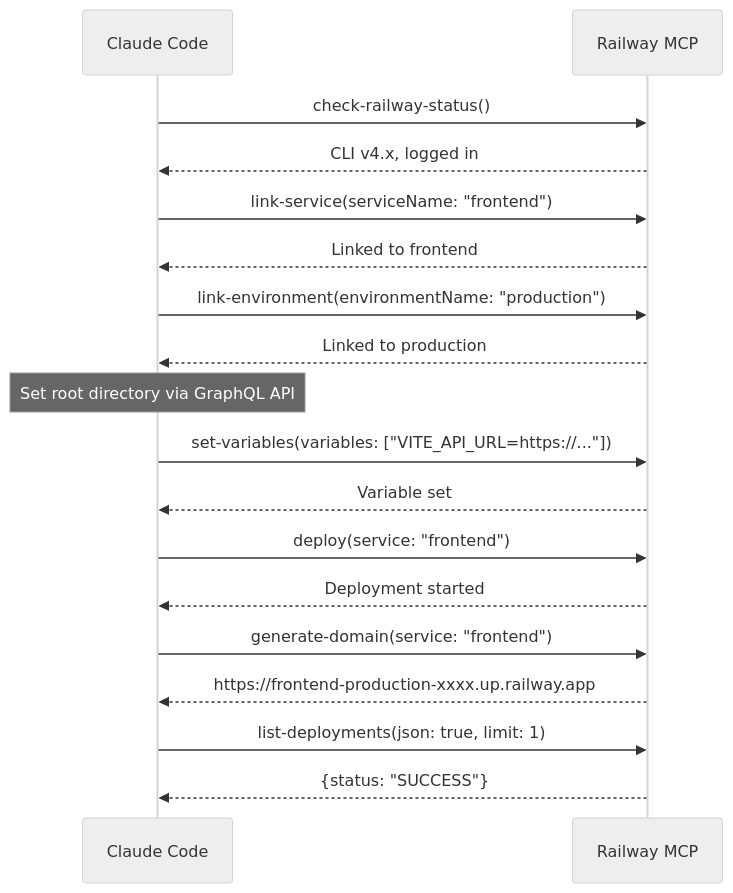
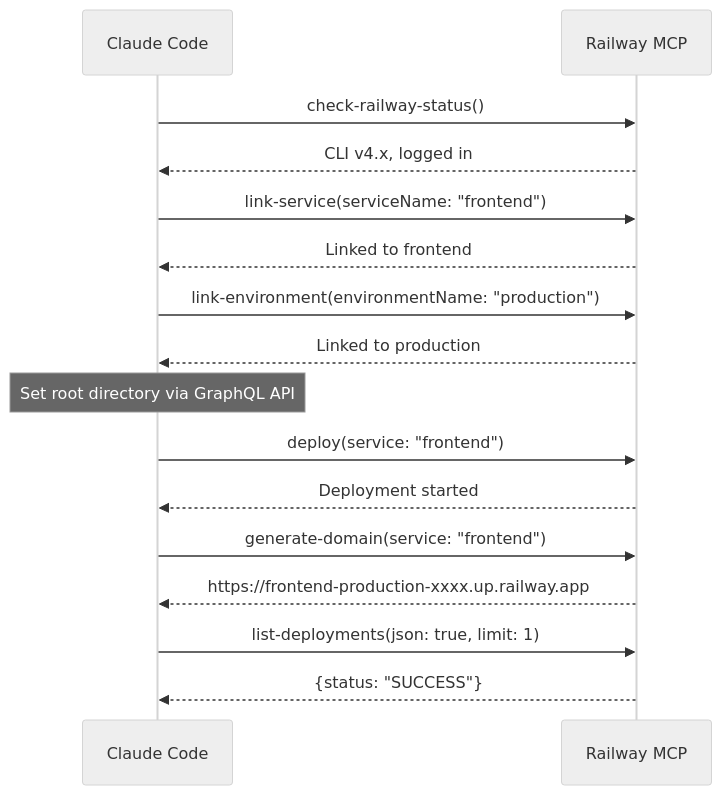
One commit to fkatelyn/agent311 changed the third of 7 diagrams in docs/railway-deployment-guide.md. Above: the diagram before and after it, drawn with Mermaid (neutral theme). The commit also changed other lines of this file and 16 other files, not shown here.

````diff
--- a/docs/railway-deployment-guide.md
+++ b/docs/railway-deployment-guide.md
@@ -710,28 +687,25 @@
 ```mermaid
 sequenceDiagram
     participant C as Claude Code
     participant R as Railway MCP
 
     C->>R: check-railway-status()
     R-->>C: CLI v4.x, logged in
 
     C->>R: link-service(serviceName: "frontend")
     R-->>C: Linked to frontend
 
     C->>R: link-environment(environmentName: "production")
     R-->>C: Linked to production
 
     Note over C: Set root directory via GraphQL API
 
-    C->>R: set-variables(variables: ["VITE_API_URL=https://..."])
-    R-->>C: Variable set
-
     C->>R: deploy(service: "frontend")
     R-->>C: Deployment started
 
     C->>R: generate-domain(service: "frontend")
     R-->>C: https://frontend-production-xxxx.up.railway.app
 
     C->>R: list-deployments(json: true, limit: 1)
     R-->>C: {status: "SUCCESS"}
 ```
````
